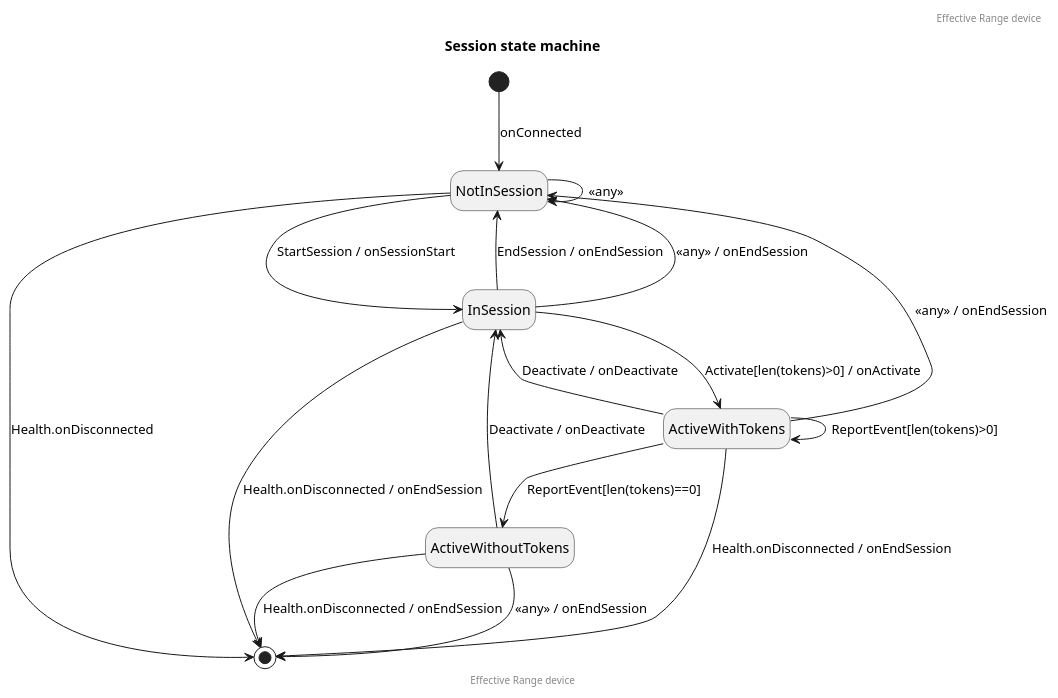
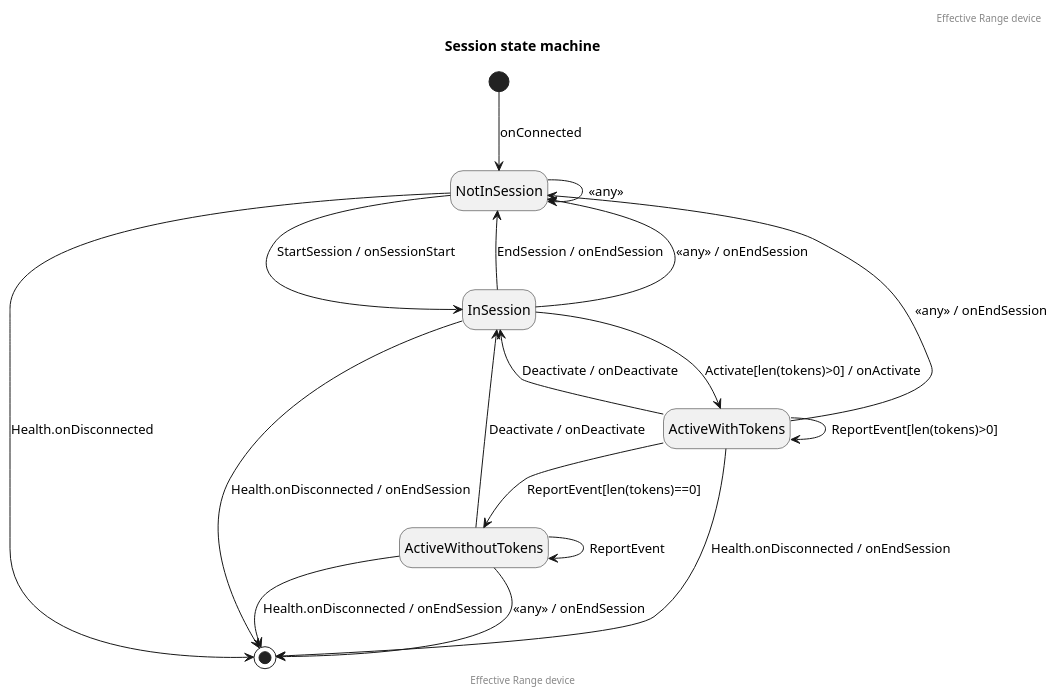
Before and after one commit to EffectiveRange/effective-range-api: the diagram in state/device-session.puml, drawn with PlantUML. The commit also changed 2 other files, not shown here.

```diff
--- a/state/device-session.puml
+++ b/state/device-session.puml
@@ -1,29 +1,30 @@
 @startuml
 hide empty description
 
 header Effective Range device
 title Session state machine
 
 [*] --> NotInSession : onConnected
 
 NotInSession --> InSession : StartSession / onSessionStart
 NotInSession --> [*] : Health.onDisconnected
 NotInSession --> NotInSession : <<any>>
 
 InSession --> NotInSession : EndSession / onEndSession
 InSession --> ActiveWithTokens : Activate[len(tokens)>0] / onActivate
 InSession --> [*] : Health.onDisconnected / onEndSession
 InSession --> NotInSession  : <<any>> / onEndSession
 
 ActiveWithTokens --> ActiveWithTokens : ReportEvent[len(tokens)>0]
 ActiveWithTokens --> ActiveWithoutTokens : ReportEvent[len(tokens)==0]
 ActiveWithTokens --> InSession : Deactivate / onDeactivate
 ActiveWithTokens --> [*] : Health.onDisconnected / onEndSession
 ActiveWithTokens --> NotInSession : <<any>> / onEndSession
 
 ActiveWithoutTokens --> InSession : Deactivate / onDeactivate
+ActiveWithoutTokens --> ActiveWithoutTokens : ReportEvent
 ActiveWithoutTokens --> [*] : Health.onDisconnected / onEndSession
 ActiveWithoutTokens --> [*] : <<any>> / onEndSession
 
 footer Effective Range device
 @enduml
```
